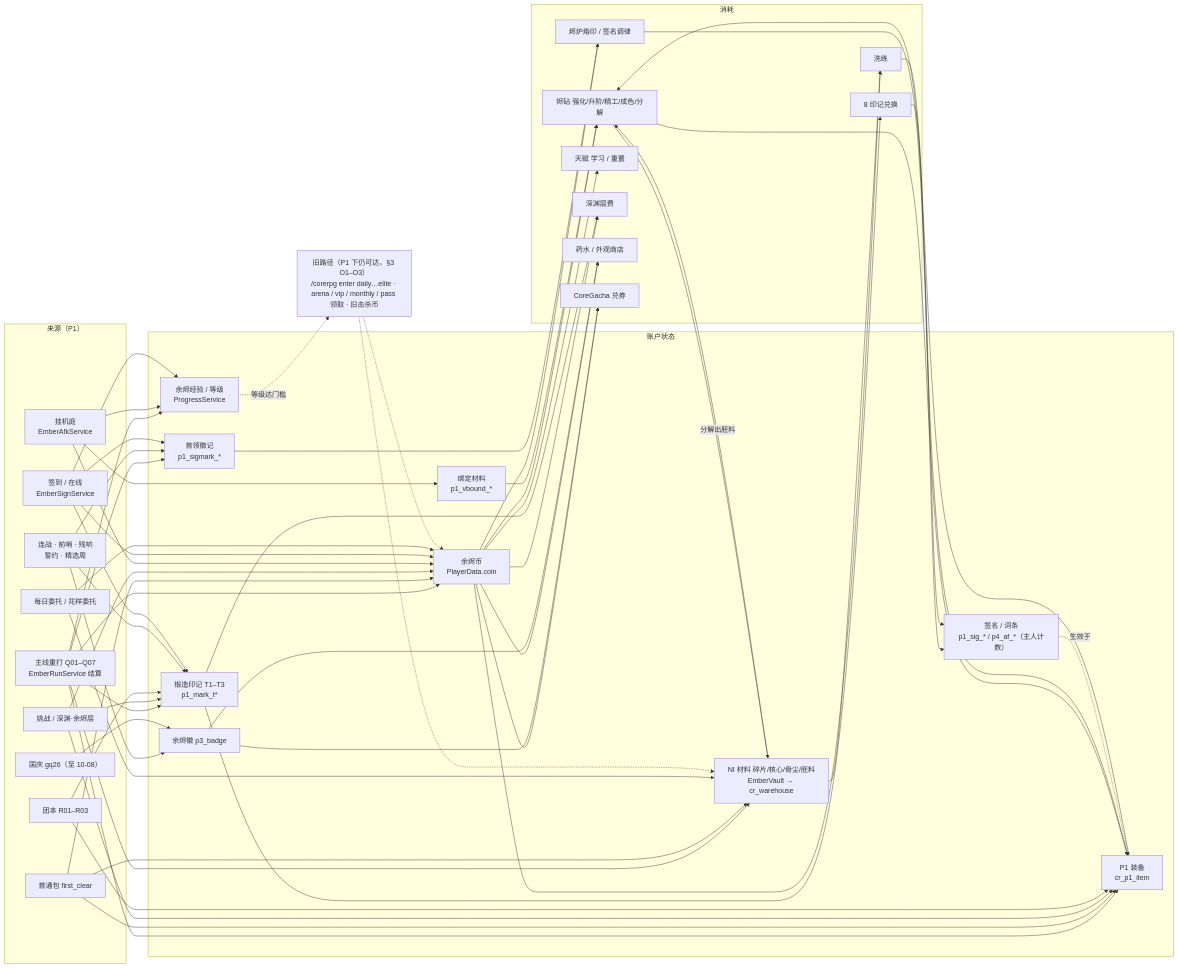
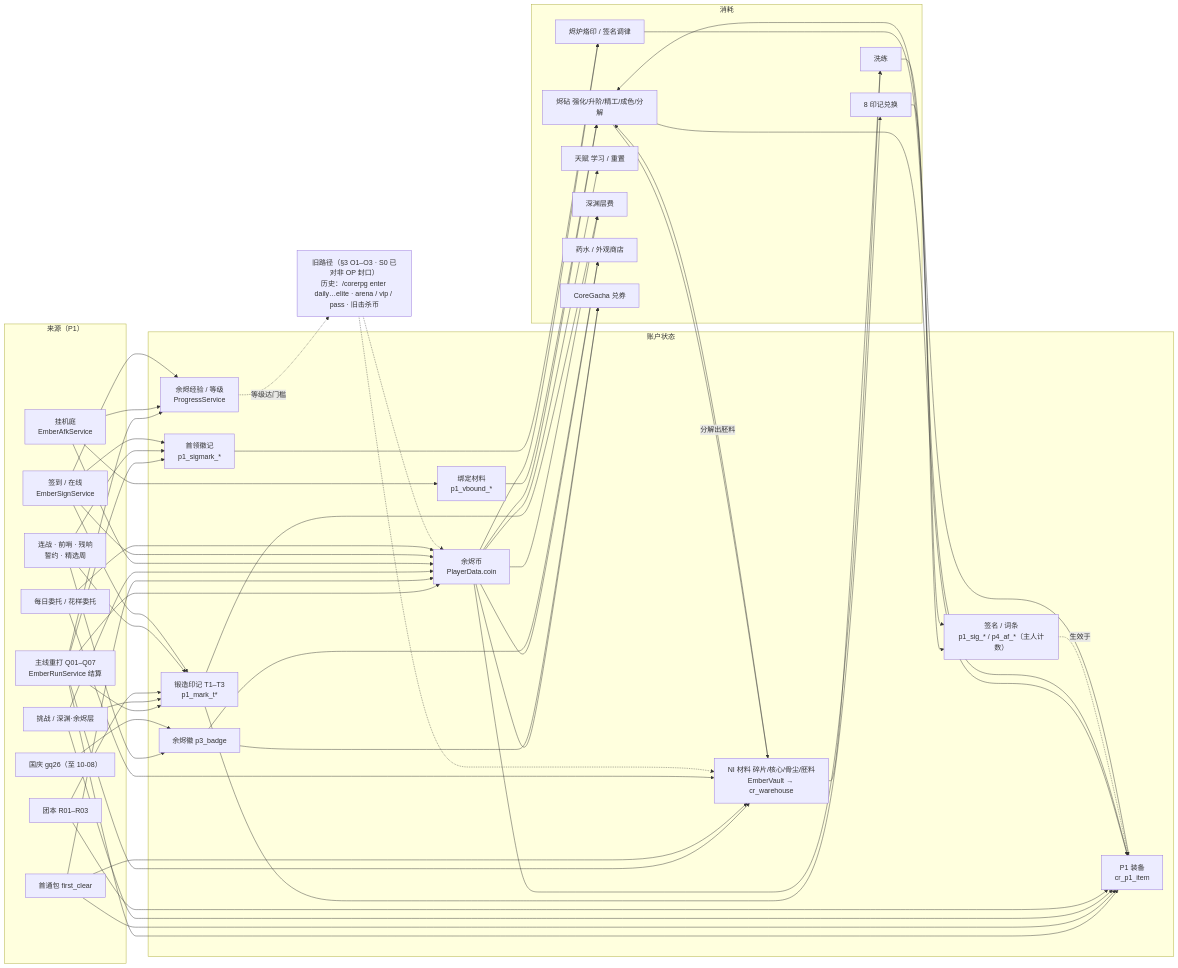
The diagram in docs/design/ARCH-ember-systems-map-2026-10-05.md (Picadoo/ember-server), drawn with Mermaid before and after one commit. The commit also changed other lines of this file and 3 other files, not shown here.

````diff
--- a/docs/design/ARCH-ember-systems-map-2026-10-05.md
+++ b/docs/design/ARCH-ember-systems-map-2026-10-05.md
@@ -128,61 +128,61 @@
 ```mermaid
 flowchart LR
   subgraph SRC["来源（P1）"]
     QR["主线重打 Q01–Q07<br/>EmberRunService 结算"]
     FC["首通包 first_clear"]
     CA["挑战 / 深渊·余烬层"]
     RD["团本 R01–R03"]
     WK["连战 · 前哨 · 残响<br/>誓约 · 精选周"]
     AFK["挂机庭<br/>EmberAfkService"]
     SG["签到 / 在线<br/>EmberSignService"]
     BT["每日委托 / 花样委托"]
     FE["国庆 gq26（至 10-08）"]
   end
   subgraph ST["账户状态"]
     COIN["余烬币<br/>PlayerData.coin"]
     XP["余烬经验 / 等级<br/>ProgressService"]
     MAT["NI 材料 碎片/核心/骨尘/胚料<br/>EmberVault → cr_warehouse"]
     BMAT["绑定材料<br/>p1_vbound_*"]
     MARK["锻造印记 T1–T3<br/>p1_mark_t*"]
     INS["首领徽记<br/>p1_sigmark_*"]
     BADGE["余烬徽 p3_badge"]
     GEAR["P1 装备<br/>cr_p1_item"]
     SIGAF["签名 / 词条<br/>p1_sig_* / p4_af_*（主人计数）"]
   end
   subgraph SINK["消耗"]
     FORGE["烬砧 强化/升阶/精工/成色/分解"]
     RR["洗练"]
     IMP["烬炉烙印 / 签名调律"]
     TAL["天赋 学习 / 重置"]
     EXC["8 印记兑换"]
     AFEE["深渊层费"]
     SHOP["药水 / 外观商店"]
     GACHA["CoreGacha 兑券"]
   end
   QR --> COIN & MAT & GEAR & MARK & INS & XP
   FC --> COIN & MAT & GEAR
   CA --> GEAR & MARK & COIN
   RD --> GEAR & MARK
   WK --> MARK & INS & BADGE
   AFK --> COIN & XP & BMAT
   SG --> COIN & XP & MARK & INS
   BT --> COIN & MAT
   FE --> BADGE
   COIN --> FORGE & RR & IMP & TAL & AFEE & SHOP & GACHA
   MAT --> FORGE & RR
   BMAT --> FORGE
   MARK --> EXC & AFEE
   INS --> IMP
   BADGE --> SHOP & GACHA
   GEAR --> FORGE
   FORGE -->|"分解出胚料"| MAT
   FORGE --> GEAR
   EXC --> GEAR
   RR --> SIGAF
   IMP --> SIGAF
   SIGAF -.->|"生效于"| GEAR
-  LEG["旧路径（P1 下仍可达，§3 O1–O3）<br/>/corerpg enter daily…elite · arena / vip / monthly / pass 领取 · 旧击杀币"]
+  LEG["旧路径（§3 O1–O3 · S0 已对非 OP 封口）<br/>历史：/corerpg enter daily…elite · arena / vip / pass · 旧击杀币"]
   XP -.->|"等级达门槛"| LEG
   LEG -.-> COIN
   LEG -.-> MAT
 ```
````
